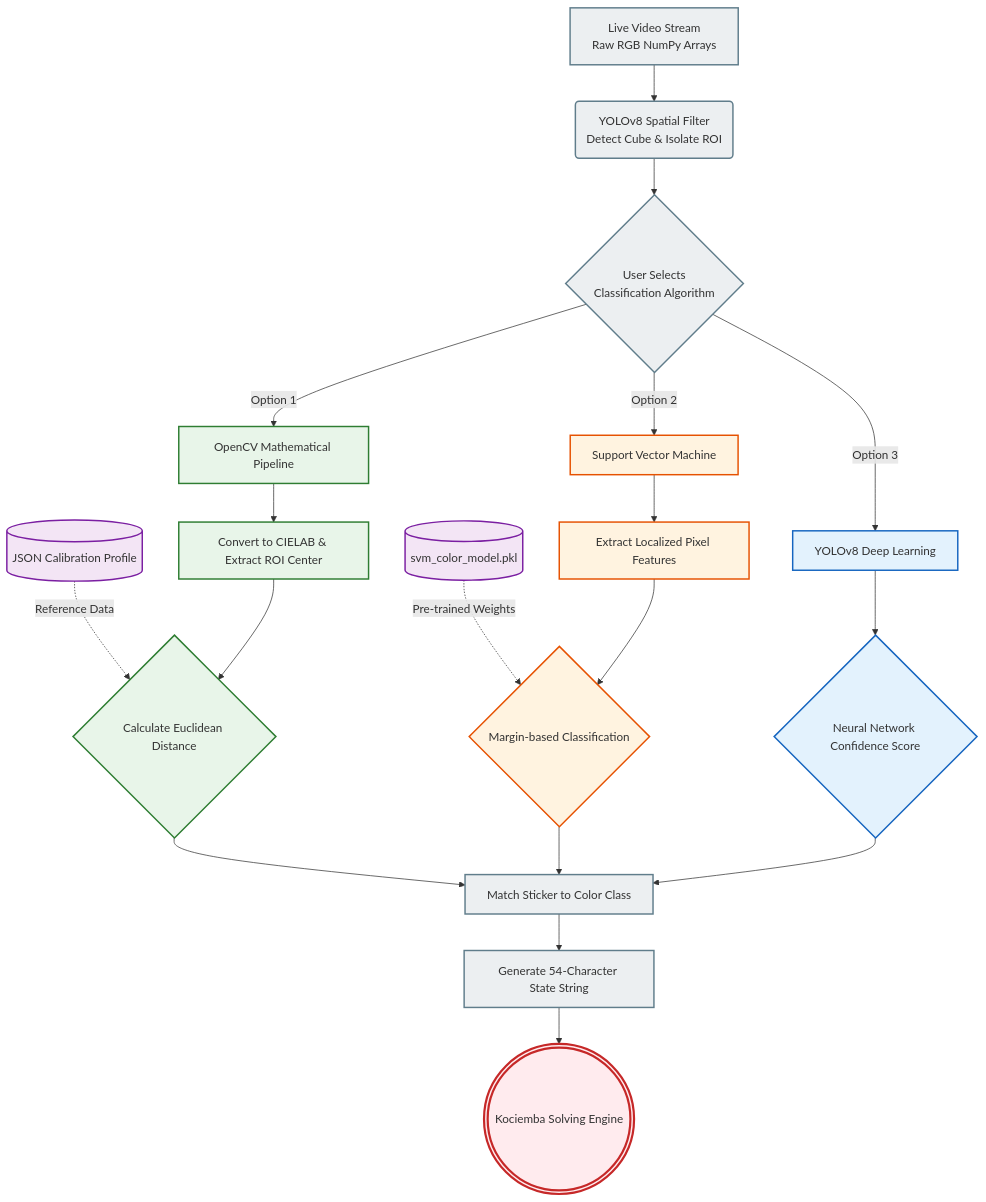
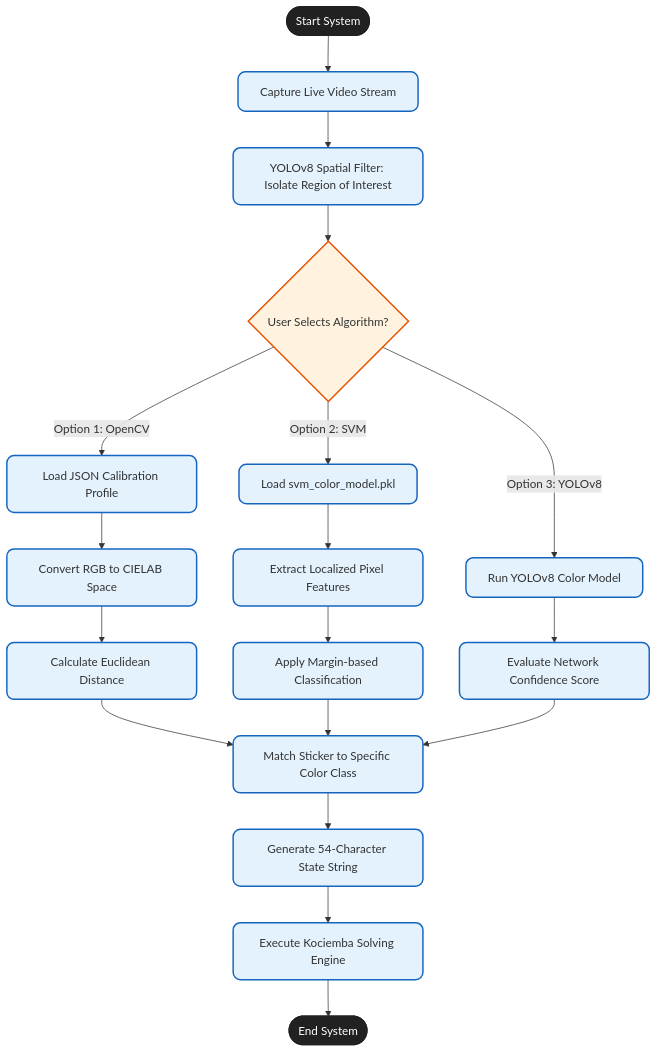
The diagram in README.md (Jason12jjjj/rubik123), drawn with Mermaid before and after one commit.

````diff
--- a/README.md
+++ b/README.md
@@ -1,47 +1,48 @@
 ```mermaid
-graph TD
-    %% 共同輸入與空間定位 (Stage 1)
-    A[Live Video Stream <br> Raw RGB NumPy Arrays] --> B(YOLOv8 Spatial Filter <br> Detect Cube & Isolate ROI)
-    
-    %% 使用者選擇演算法
-    B --> C{User Selects <br> Classification Algorithm}
+flowchart TD
+    %% 定義起始與終止節點 (UML 實心圓角風格)
+    Start([Start System]) --> Capture
 
-    %% 支線 1: OpenCV (傳統電腦視覺)
-    C -->|Option 1| D[OpenCV Mathematical Pipeline]
-    D --> E[Convert to CIELAB & Extract ROI Center]
-    H[(JSON Calibration Profile)] -.->|Reference Data| F
-    E --> F{Calculate Euclidean Distance}
-    F --> J
+    %% 共同活動區塊
+    Capture[Capture Live Video Stream] --> Isolate
+    Isolate[YOLOv8 Spatial Filter: Isolate Region of Interest] --> Decision
 
-    %% 支線 2: SVM (機器學習)
-    C -->|Option 2| G[Support Vector Machine]
-    G --> G1[Extract Localized Pixel Features]
-    S[(svm_color_model.pkl)] -.->|Pre-trained Weights| G2
-    G1 --> G2{Margin-based Classification}
-    G2 --> J
+    %% 決策節點 (UML 菱形)
+    Decision{User Selects Algorithm?}
 
-    %% 支線 3: YOLOv8 (深度學習端到端)
-    C -->|Option 3| I[YOLOv8 Deep Learning]
-    I --> I1{Neural Network Confidence Score}
-    I1 --> J
+    %% OpenCV 活動支線
+    Decision -->|Option 1: OpenCV| LoadJSON[Load JSON Calibration Profile]
+    LoadJSON --> ConvertLab[Convert RGB to CIELAB Space]
+    ConvertLab --> CalcDist[Calculate Euclidean Distance]
 
-    %% 匯總與最終輸出
-    J[Match Sticker to Color Class] --> K[Generate 54-Character State String]
-    K --> L(((Kociemba Solving Engine)))
+    %% SVM 活動支線
+    Decision -->|Option 2: SVM| LoadPKL[Load svm_color_model.pkl]
+    LoadPKL --> ExtractFeat[Extract Localized Pixel Features]
+    ExtractFeat --> ApplySVM[Apply Margin-based Classification]
 
-    %% 樣式美化 (用不同顏色區分三種演算法)
-    classDef common fill:#eceff1,stroke:#607d8b,stroke-width:2px;
-    classDef opencv fill:#e8f5e9,stroke:#2e7d32,stroke-width:2px;
-    classDef svm fill:#fff3e0,stroke:#e65100,stroke-width:2px;
-    classDef yolo fill:#e3f2fd,stroke:#1565c0,stroke-width:2px;
-    classDef database fill:#f3e5f5,stroke:#7b1fa2,stroke-width:2px;
-    classDef engine fill:#ffebee,stroke:#c62828,stroke-width:3px;
-    
+    %% YOLOv8 活動支線
+    Decision -->|Option 3: YOLOv8| RunYOLO[Run YOLOv8 Color Model]
+    RunYOLO --> EvalConf[Evaluate Network Confidence Score]
+
+    %% 匯總節點與後續活動
+    CalcDist --> MatchColor
+    ApplySVM --> MatchColor
+    EvalConf --> MatchColor
+
+    MatchColor[Match Sticker to Specific Color Class] --> GenString
+    GenString[Generate 54-Character State String] --> ExecEngine
+    ExecEngine[Execute Kociemba Solving Engine] --> End
+
+    %% 終點
+    End([End System])
+
+    %% UML 活動圖樣式美化
+    classDef startEnd fill:#212121,stroke:#212121,color:#ffffff,stroke-width:2px;
+    classDef activity fill:#e3f2fd,stroke:#1565c0,stroke-width:2px,rx:10px,ry:10px;
+    classDef decision fill:#fff3e0,stroke:#e65100,stroke-width:2px;
+
     %% 套用樣式
-    class A,B,C,J,K common;
-    class D,E,F opencv;
-    class G,G1,G2 svm;
-    class I,I1 yolo;
-    class H,S database;
-    class L engine;
+    class Start,End startEnd;
+    class Capture,Isolate,LoadJSON,ConvertLab,CalcDist,LoadPKL,ExtractFeat,ApplySVM,RunYOLO,EvalConf,MatchColor,GenString,ExecEngine activity;
+    class Decision decision;
 ```
````
